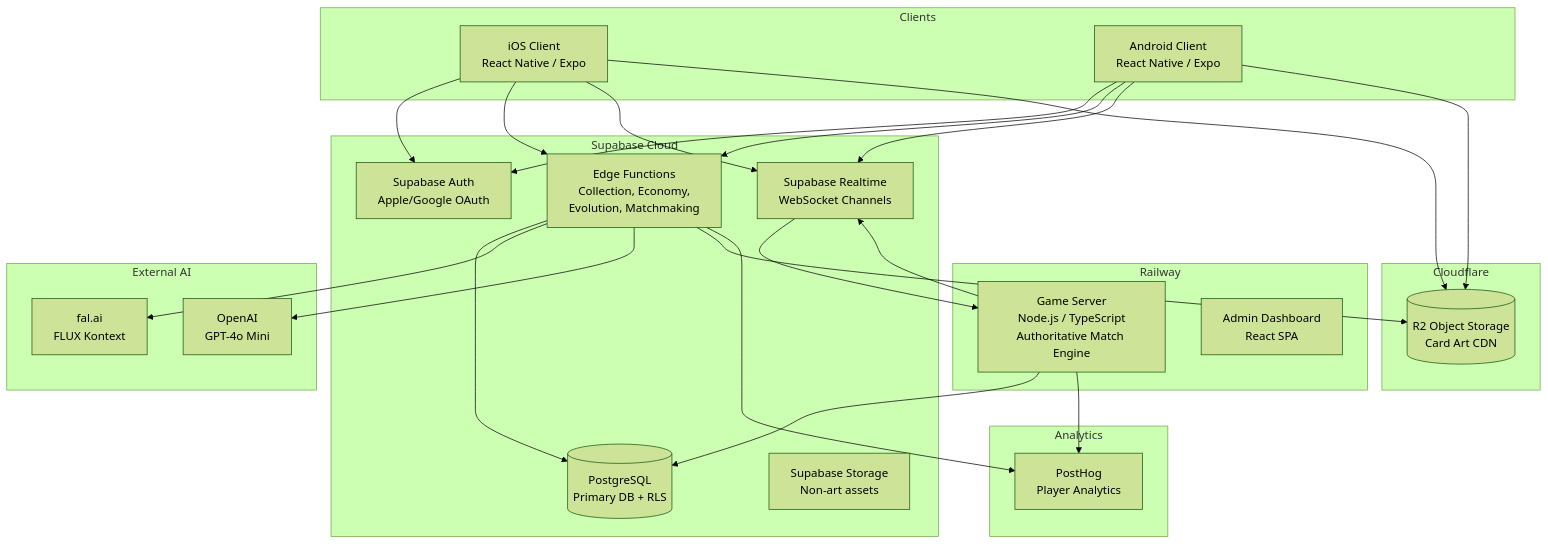
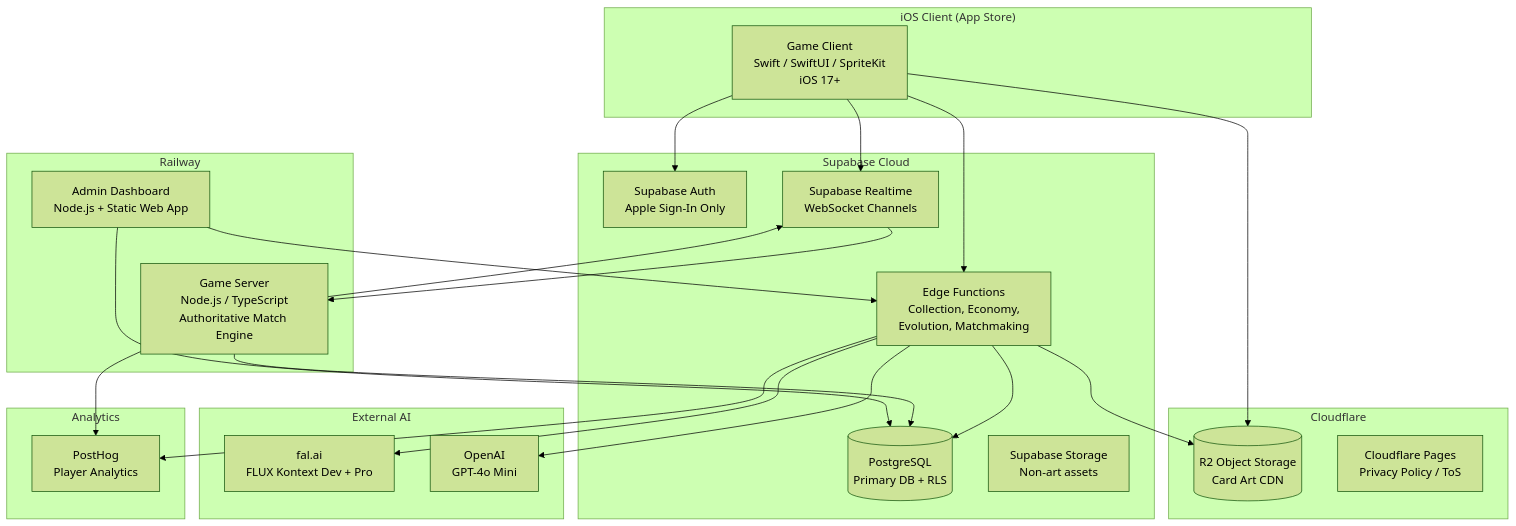
The first of 3 diagrams in docs/design/06-technical-architecture.md (asa7388/chaos-creatures), drawn with Mermaid (forest theme) before and after one commit. The commit also changed other lines of this file and 7 other files, not shown here.

````diff
--- a/docs/design/06-technical-architecture.md
+++ b/docs/design/06-technical-architecture.md
@@ -15,55 +19,54 @@
 ```mermaid
 graph TB
-    subgraph Clients
-        iOS[iOS Client<br/>React Native / Expo]
-        Android[Android Client<br/>React Native / Expo]
+    subgraph "iOS Client (App Store)"
+        IOS[Game Client<br/>Swift / SwiftUI / SpriteKit<br/>iOS 17+]
     end
 
     subgraph Supabase Cloud
-        AUTH[Supabase Auth<br/>Apple/Google OAuth]
+        AUTH[Supabase Auth<br/>Apple Sign-In Only]
         PG[(PostgreSQL<br/>Primary DB + RLS)]
         REALTIME[Supabase Realtime<br/>WebSocket Channels]
         EDGE[Edge Functions<br/>Collection, Economy,<br/>Evolution, Matchmaking]
         STORAGE[Supabase Storage<br/>Non-art assets]
     end
 
     subgraph Railway
         GAME[Game Server<br/>Node.js / TypeScript<br/>Authoritative Match Engine]
-        ADMIN[Admin Dashboard<br/>React SPA]
+        ADMIN[Admin Dashboard<br/>Node.js + Static Web App]
     end
 
     subgraph Cloudflare
         R2[(R2 Object Storage<br/>Card Art CDN)]
+        PAGES[Cloudflare Pages<br/>Privacy Policy / ToS]
     end
 
     subgraph External AI
-        FAL[fal.ai<br/>FLUX Kontext]
+        FAL[fal.ai<br/>FLUX Kontext Dev + Pro]
         GPT[OpenAI<br/>GPT-4o Mini]
     end
 
     subgraph Analytics
         PH[PostHog<br/>Player Analytics]
     end
 
-    iOS --> AUTH
-    Android --> AUTH
-    iOS --> EDGE
-    Android --> EDGE
-    iOS --> REALTIME
-    Android --> REALTIME
+    IOS --> AUTH
+    IOS --> EDGE
+    IOS --> REALTIME
 
     REALTIME --> GAME
     EDGE --> PG
     GAME --> PG
     GAME --> REALTIME
 
     EDGE --> FAL
     EDGE --> GPT
     EDGE --> R2
 
     GAME --> PH
     EDGE --> PH
 
-    iOS --> R2
-    Android --> R2
+    IOS --> R2
+
+    ADMIN --> PG
+    ADMIN --> EDGE
 ```
````
